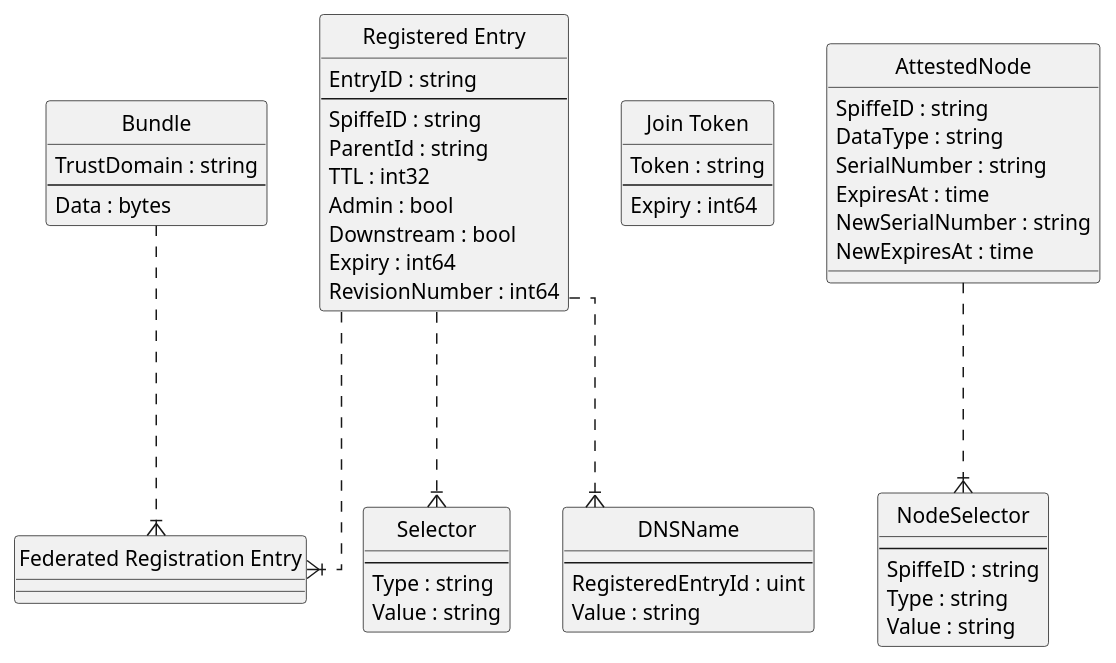
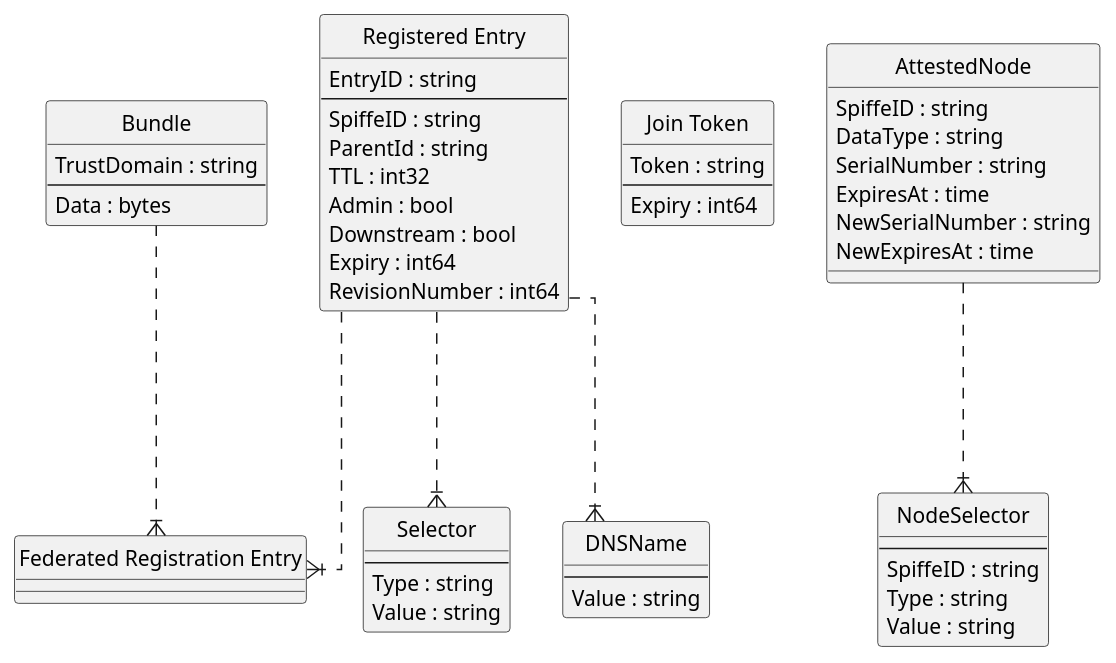
One commit to dfeldman/spire-diagrams changed the diagram in spire-database-diagram.puml. Above: the diagram before and after it, drawn with PlantUML.

```diff
--- a/spire-database-diagram.puml
+++ b/spire-database-diagram.puml
@@ -1,72 +1,71 @@
 @startuml
 skinparam shadowing false
 skinparam monochrome true
 
 ' hide the spot
 hide circle
 
 ' avoid problems with angled crows feet
 skinparam linetype ortho
 
 entity "Bundle" as bundle {
   TrustDomain : string
 --
   Data : bytes
 }
 
 entity "Federated Registration Entry" as fre {
 }
 
 entity "Registered Entry" as re {
   EntryID : string
 --
   SpiffeID : string
   ParentId : string
   TTL : int32
   Admin : bool
   Downstream : bool
   Expiry : int64
   RevisionNumber : int64
 }
 
 entity "Join Token" as jt {
   Token : string
 --
   Expiry : int64
 }
 
 
 entity "Selector" as selector {
 --
 Type : string
 Value : string
 }
 
 entity "DNSName" as dnsname {
 --
-RegisteredEntryId : uint
 Value : string 
 }
 
 entity "AttestedNode" as attestednode {
 SpiffeID : string
 DataType : string
 SerialNumber : string
 ExpiresAt : time
 NewSerialNumber : string
 NewExpiresAt : time
 }
 
 entity "NodeSelector" as nodeselector {
 --
 SpiffeID : string
 Type : string
 Value : string
 }
 
 bundle ...|{ fre
 re ...|{ fre
 re ...|{ selector
 re ...|{ dnsname
 attestednode...|{ nodeselector
 @enduml
```
